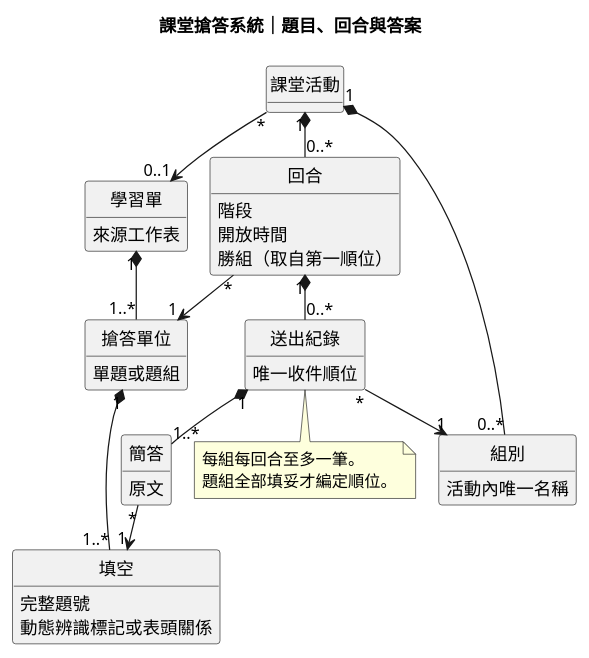
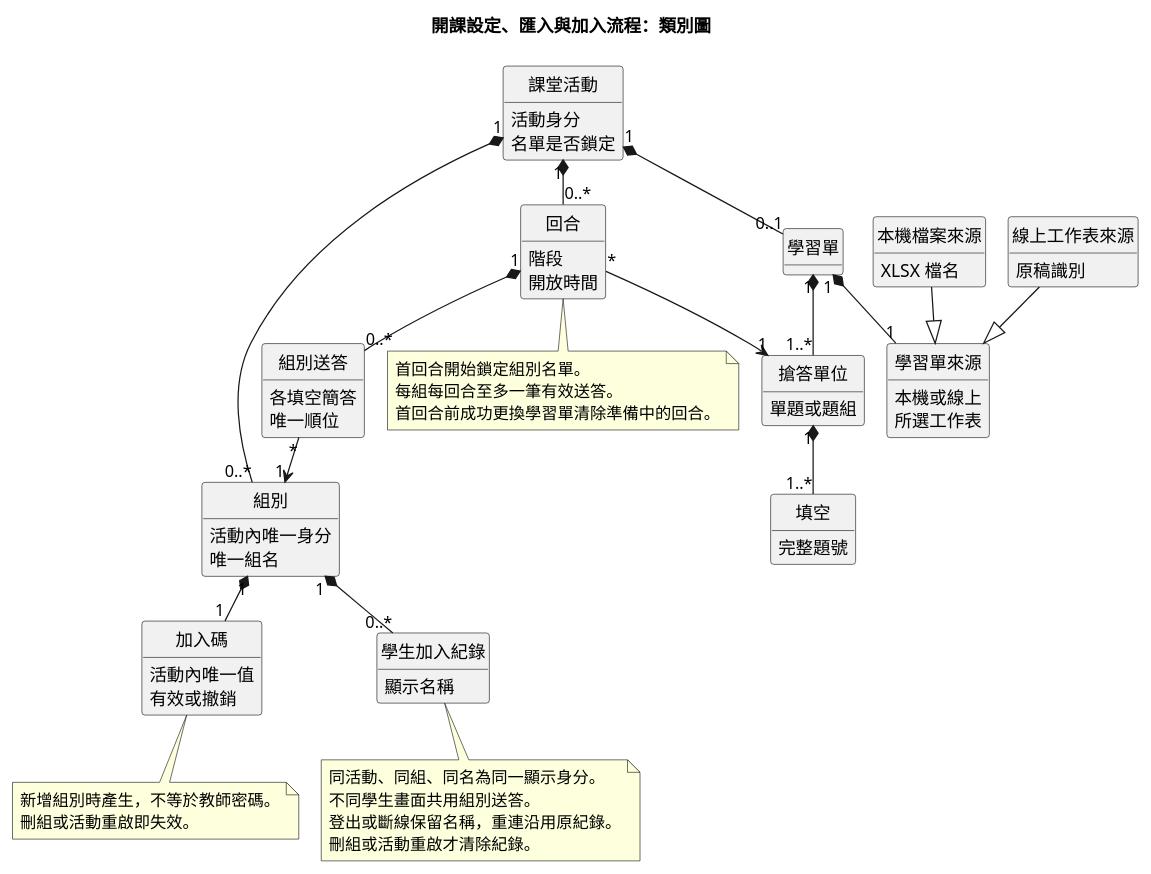
One commit to beacho821/speckit_final_project changed the diagram in diagrams/class.puml. Above: the diagram before and after it, drawn with PlantUML. The commit also changed 20 other files, not shown here.

```diff
--- a/diagrams/class.puml
+++ b/diagrams/class.puml
@@ -1,46 +1,75 @@
 @startuml
 !pragma layout smetana
 skinparam defaultFontName PingFang TC
 hide empty methods
 hide circle
-title 課堂搶答系統｜題目、回合與答案
-class 學習單 {
-  來源工作表
+title 開課設定、匯入與加入流程：類別圖
+class 課堂活動 {
+  活動身分
+  名單是否鎖定
 }
+class 組別 {
+  活動內唯一身分
+  唯一組名
+}
+class 加入碼 {
+  活動內唯一值
+  有效或撤銷
+}
+class 學生加入紀錄 {
+  顯示名稱
+}
+class 學習單來源 {
+  本機或線上
+  所選工作表
+}
+class 本機檔案來源 {
+  XLSX 檔名
+}
+class 線上工作表來源 {
+  原稿識別
+}
+class 學習單
 class 搶答單位 {
   單題或題組
 }
 class 填空 {
   完整題號
-  動態辨識標記或表頭關係
-}
-class 課堂活動
-class 組別 {
-  活動內唯一名稱
 }
 class 回合 {
   階段
   開放時間
-  勝組（取自第一順位）
 }
-class 送出紀錄 {
-  唯一收件順位
+class 組別送答 {
+  各填空簡答
+  唯一順位
 }
-class 簡答 {
-  原文
-}
+課堂活動 "1" *-- "0..*" 組別
+組別 "1" *-- "1" 加入碼
+組別 "1" *-- "0..*" 學生加入紀錄
+課堂活動 "1" *-- "0..1" 學習單
+學習單 "1" *-- "1" 學習單來源
+本機檔案來源 --|> 學習單來源
+線上工作表來源 --|> 學習單來源
 學習單 "1" *-- "1..*" 搶答單位
 搶答單位 "1" *-- "1..*" 填空
-課堂活動 "*" --> "0..1" 學習單
-課堂活動 "1" *-- "0..*" 組別
 課堂活動 "1" *-- "0..*" 回合
 回合 "*" --> "1" 搶答單位
-回合 "1" *-- "0..*" 送出紀錄
-送出紀錄 "*" --> "1" 組別
-送出紀錄 "1" *-- "1..*" 簡答
-簡答 "*" --> "1" 填空
-note bottom of 送出紀錄
-每組每回合至多一筆。
-題組全部填妥才編定順位。
+回合 "1" *-- "0..*" 組別送答
+組別送答 "*" --> "1" 組別
+note bottom of 學生加入紀錄
+同活動、同組、同名為同一顯示身分。
+不同學生畫面共用組別送答。
+登出或斷線保留名稱，重連沿用原紀錄。
+刪組或活動重啟才清除紀錄。
+end note
+note bottom of 加入碼
+新增組別時產生，不等於教師密碼。
+刪組或活動重啟即失效。
+end note
+note bottom of 回合
+首回合開始鎖定組別名單。
+每組每回合至多一筆有效送答。
+首回合前成功更換學習單清除準備中的回合。
 end note
 @enduml
```
